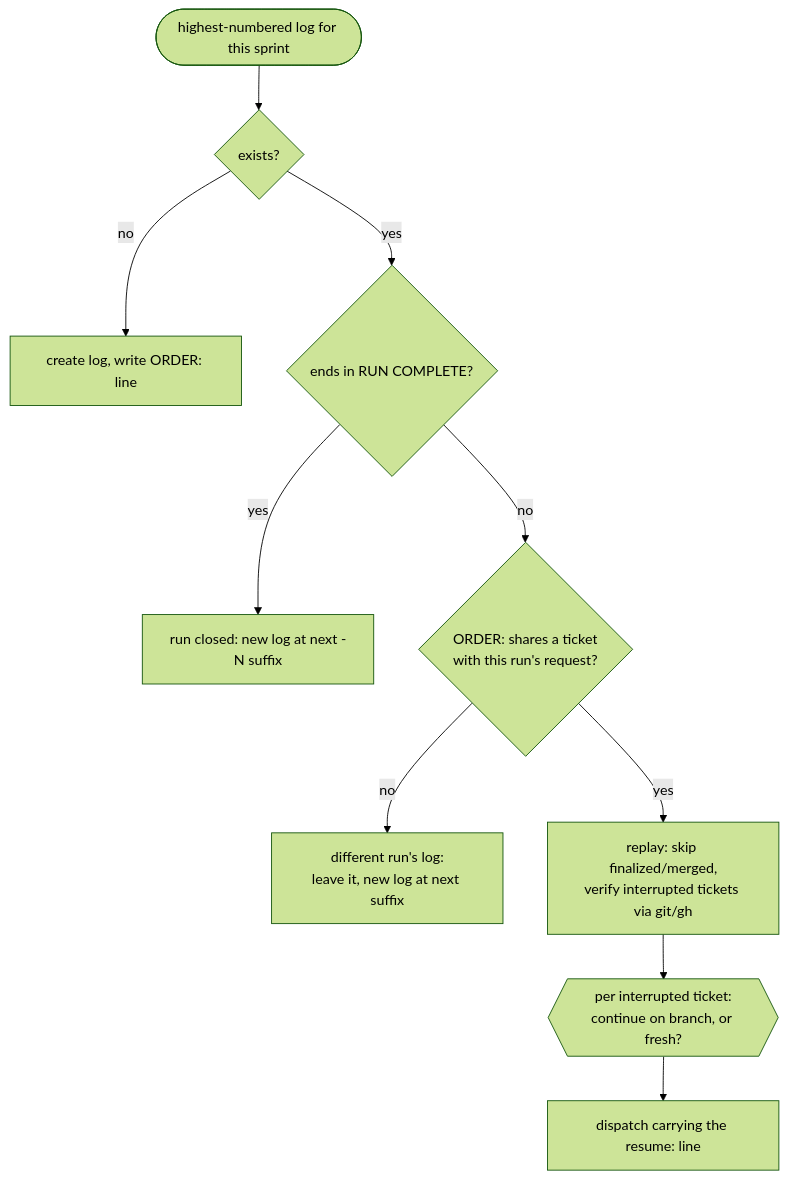
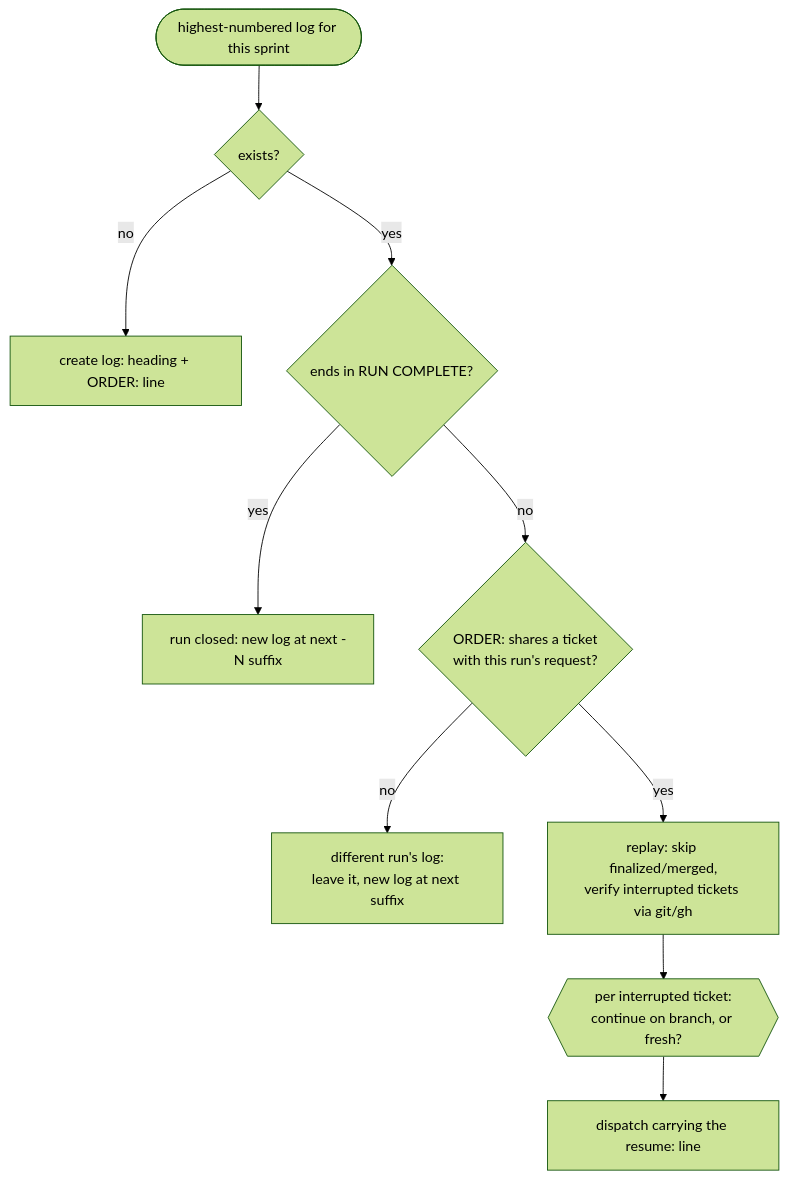
Before and after one commit to kyimoemin/skills: the diagram in sprint/SKILL.md, drawn with Mermaid (forest theme). The commit also changed other lines of this file and 5 other files, not shown here.

````diff
--- a/sprint/SKILL.md
+++ b/sprint/SKILL.md
@@ -70,16 +74,16 @@
 ```mermaid
 flowchart TB
     look([highest-numbered log for this sprint]) --> exists{exists?}
-    exists -- "no" --> create["create log, write ORDER: line"]
+    exists -- "no" --> create["create log: heading + ORDER: line"]
     exists -- "yes" --> done{"ends in RUN COMPLETE?"}
     done -- "yes" --> next["run closed: new log at next -N suffix"]
     done -- "no" --> mine{"ORDER: shares a ticket
 with this run's request?"}
     mine -- "no" --> foreign["different run's log:
 leave it, new log at next suffix"]
     mine -- "yes" --> replay["replay: skip finalized/merged,
 verify interrupted tickets via git/gh"]
     replay --> ask{{"per interrupted ticket:
 continue on branch, or fresh?"}}
     ask --> dispatch["dispatch carrying the resume: line"]
 ```
````
